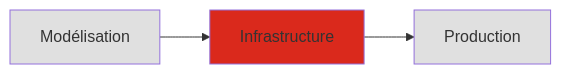
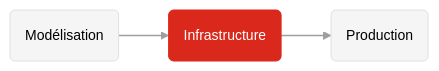
Before and after one commit to MediaComem/comem-infradon: the diagram in cours/01-introduction.md, drawn with Mermaid. The commit also changed 1 other file, not shown here.

Commit message:
change style of diagrams

````diff
--- a/cours/01-introduction.md
+++ b/cours/01-introduction.md
@@ -88,9 +88,12 @@
 ```mermaid {scale: 0.8}
+%%{init: {'theme': 'base', 'themeVariables': {'primaryColor': '#f5f5f5', 'primaryTextColor': '#000', 'primaryBorderColor': '#e0e0e0', 'lineColor': '#9e9e9e', 'fontFamily': 'Roboto', 'fontSize': '14px', 'nodeBorder': '1px', 'nodeRadius': '8px'}}}%%
 graph LR
-    A[Modélisation] --> B[Infrastructure]
-    B --> C[Production]
+    A(Modélisation) --> B(Infrastructure)
+    B --> C(Production)
 
-    style A fill:#e0e0e0
-    style B fill:#DA291C
-    style C fill:#e0e0e0
+    style A fill:#f5f5f5,stroke:#e0e0e0,color:#000
+    style B fill:#DA291C,stroke:#DA291C,color:#fff
+    style C fill:#f5f5f5,stroke:#e0e0e0,color:#000
+
+    linkStyle default stroke:#9e9e9e,stroke-width:1.5px
 ```
````
